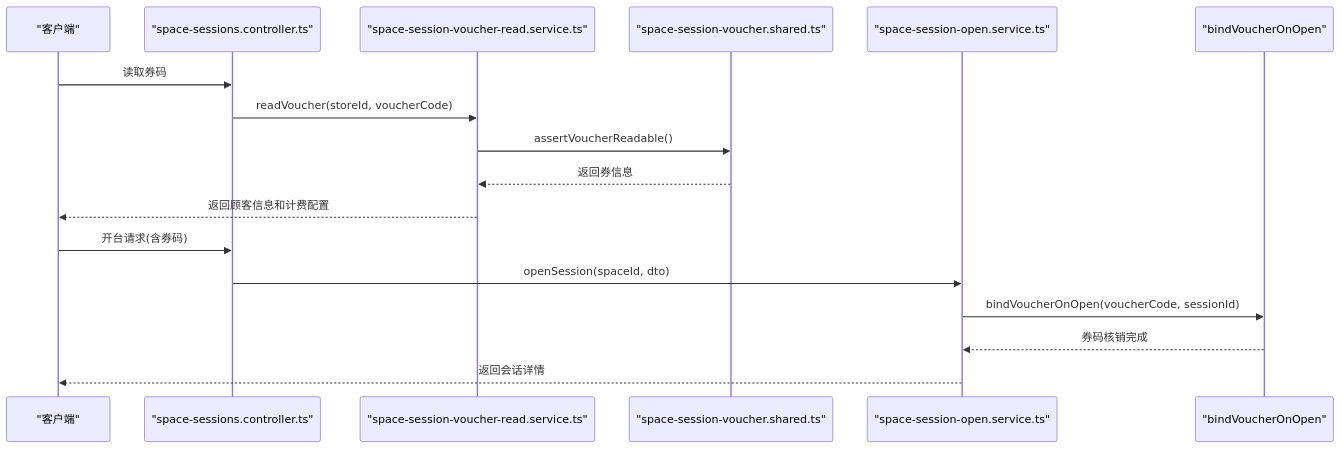
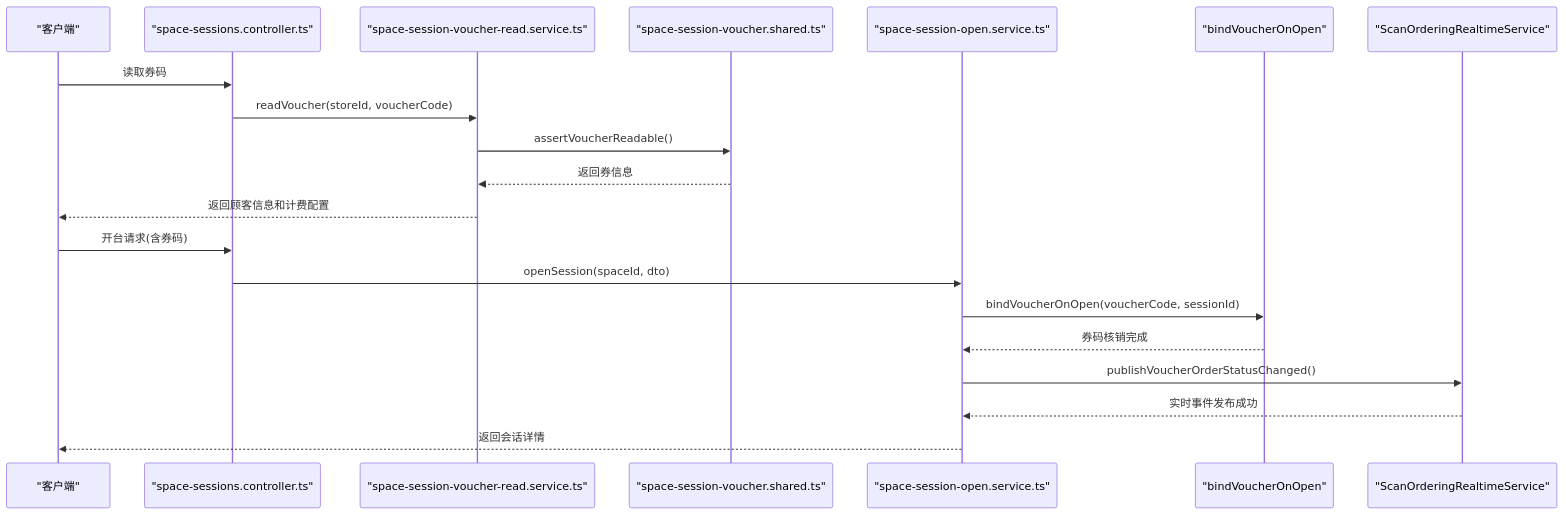
One commit to rc558620/purelyprofit-server changed the second of 12 diagrams in .qoder/repowiki/zh/content/业务模块/运营管理模块/空间管理.md. Above: the diagram before and after it, drawn with Mermaid. The commit also changed other lines of this file and 22 other files, not shown here.

````diff
--- a/.qoder/repowiki/zh/content/业务模块/运营管理模块/空间管理.md
+++ b/.qoder/repowiki/zh/content/业务模块/运营管理模块/空间管理.md
@@ -264,19 +264,22 @@
 ```mermaid
 sequenceDiagram
 participant U as "客户端"
 participant RC as "space-sessions.controller.ts"
 participant VR as "space-session-voucher-read.service.ts"
 participant VS as "space-session-voucher.shared.ts"
 participant OS as "space-session-open.service.ts"
 participant BV as "bindVoucherOnOpen"
+participant RTS as "ScanOrderingRealtimeService"
 U->>RC : 读取券码
 RC->>VR : readVoucher(storeId, voucherCode)
 VR->>VS : assertVoucherReadable()
 VS-->>VR : 返回券信息
 VR-->>U : 返回顾客信息和计费配置
 U->>RC : 开台请求(含券码)
 RC->>OS : openSession(spaceId, dto)
 OS->>BV : bindVoucherOnOpen(voucherCode, sessionId)
 BV-->>OS : 券码核销完成
+OS->>RTS : publishVoucherOrderStatusChanged()
+RTS-->>OS : 实时事件发布成功
 OS-->>U : 返回会话详情
 ```
````
